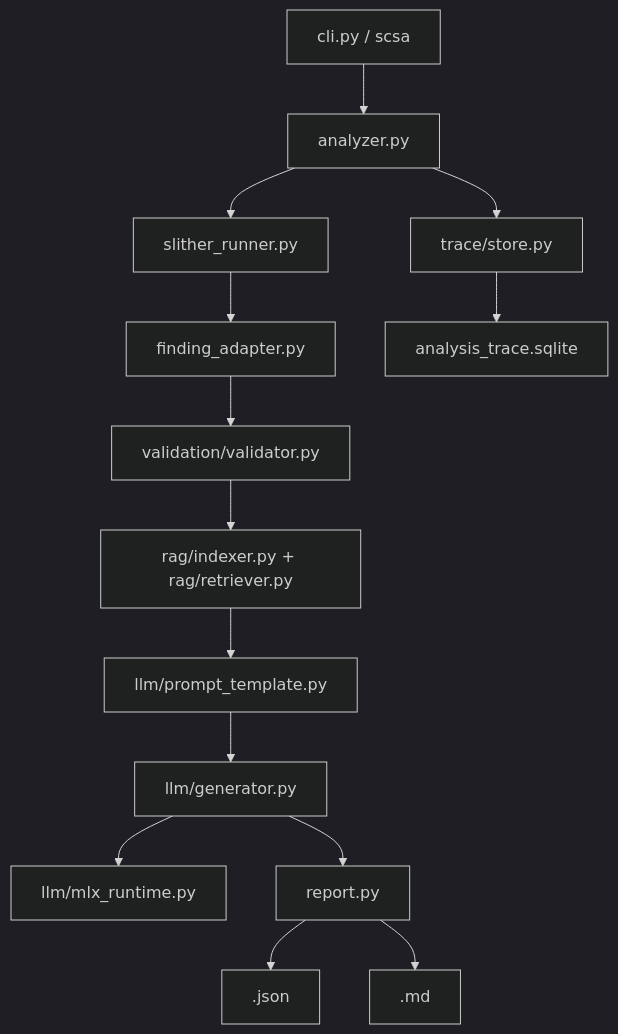
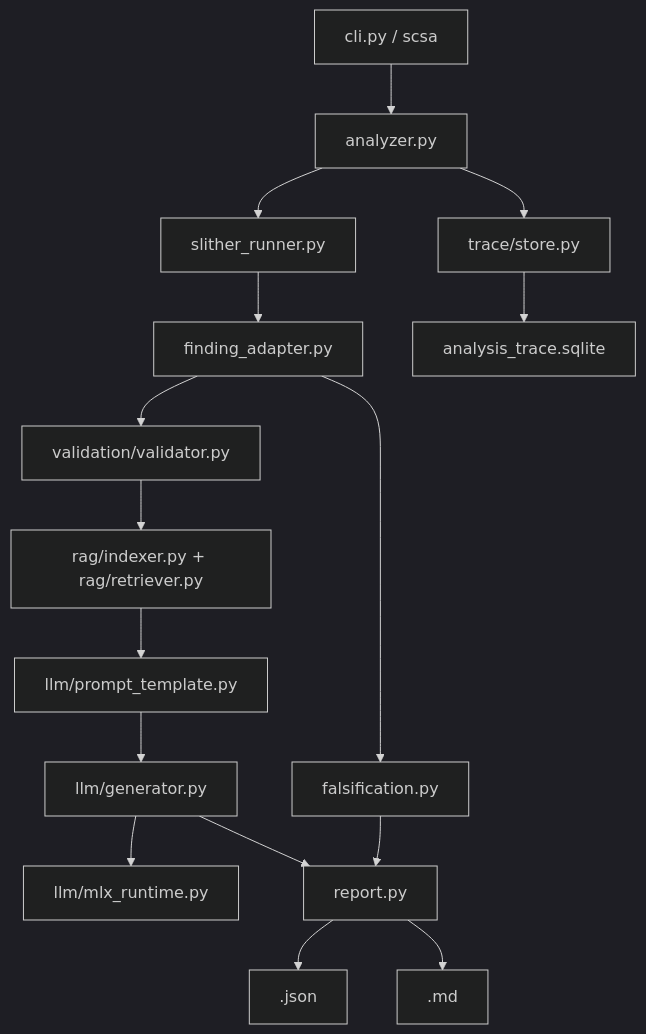
Before and after one commit to Eskasia/smart-contract-security-assistant: the diagram in docs/design/001-project-architecture.md, drawn with Mermaid (dark theme). The commit also changed other lines of this file and 5 other files, not shown here.

````diff
--- a/docs/design/001-project-architecture.md
+++ b/docs/design/001-project-architecture.md
@@ -45,16 +46,18 @@
 ```mermaid
 flowchart TD
   CLI["cli.py / scsa"] --> Analyzer["analyzer.py"]
   Analyzer --> Slither["slither_runner.py"]
   Slither --> Adapter["finding_adapter.py"]
   Adapter --> Schema["validation/validator.py"]
+  Adapter --> Falsification["falsification.py"]
   Schema --> RAG["rag/indexer.py + rag/retriever.py"]
   RAG --> Prompt["llm/prompt_template.py"]
   Prompt --> Generator["llm/generator.py"]
   Generator --> MLX["llm/mlx_runtime.py"]
+  Falsification --> Report["report.py"]
   Generator --> Report["report.py"]
   Analyzer --> Trace["trace/store.py"]
   Report --> JSON["<contract_id>.json"]
   Report --> Markdown["<contract_id>.md"]
   Trace --> SQLite["analysis_trace.sqlite"]
 ```
````
